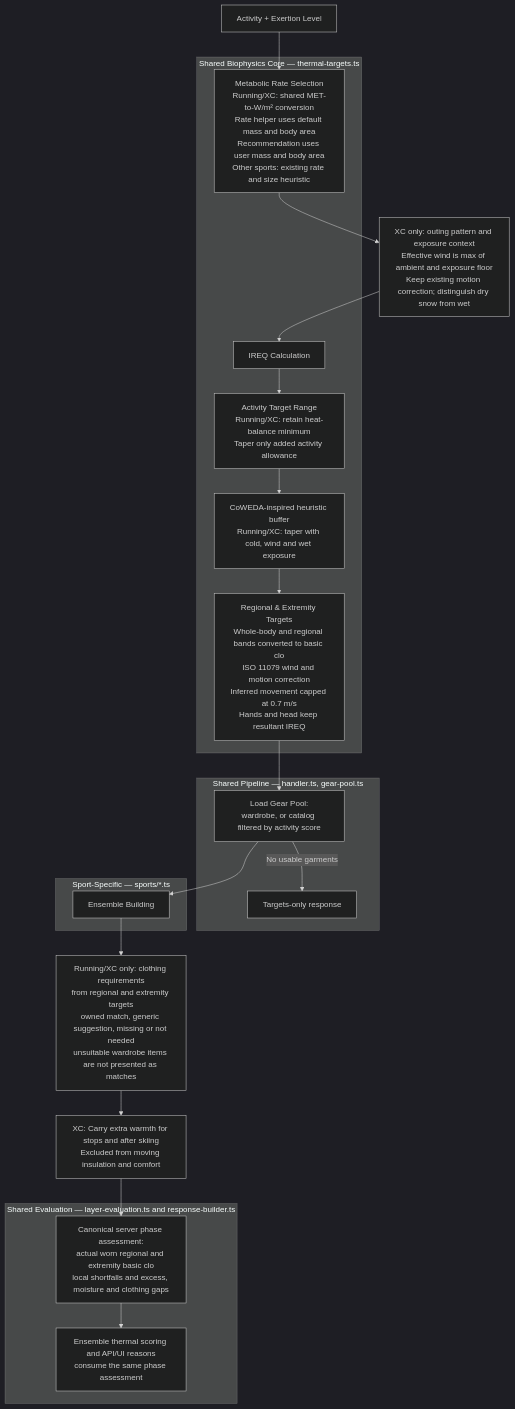
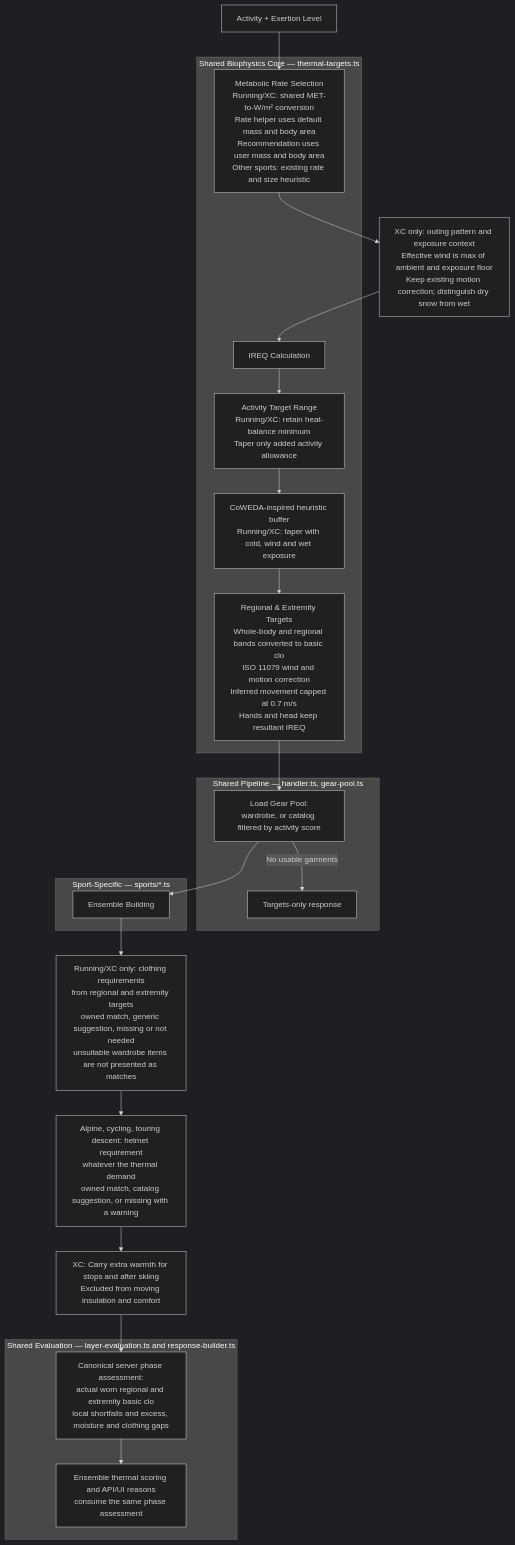
The first of 7 diagrams in README.md (derobertsw/swttr), drawn with Mermaid (dark theme) before and after one commit. The commit also changed other lines of this file and 18 other files, not shown here.

First line of the commit message:
Report missing required helmets and add a bike helmet for cycling (#373)

````diff
--- a/README.md
+++ b/README.md
@@ -50,38 +50,39 @@
 ```mermaid
 graph TD
     A[Activity + Exertion Level] --> B[Metabolic Rate Selection<br/>Running/XC: shared MET-to-W/m² conversion<br/>Rate helper uses default mass and body area<br/>Recommendation uses user mass and body area<br/>Other sports: existing rate and size heuristic]
     B --> XCP[XC only: outing pattern and exposure context<br/>Effective wind is max of ambient and exposure floor<br/>Keep existing motion correction; distinguish dry snow from wet]
     XCP --> C[IREQ Calculation]
     C --> D[Activity Target Range<br/>Running/XC: retain heat-balance minimum<br/>Taper only added activity allowance]
     D --> E[CoWEDA-inspired heuristic buffer<br/>Running/XC: taper with cold, wind and wet exposure]
     E --> F[Regional & Extremity Targets<br/>Whole-body and regional bands converted to basic clo<br/>ISO 11079 wind and motion correction<br/>Inferred movement capped at 0.7 m/s<br/>Hands and head keep resultant IREQ]
     F --> P[Load Gear Pool:<br/>wardrobe, or catalog filtered by activity score]
     P -->|No usable garments| T[Targets-only response]
     P --> G[Ensemble Building]
     G --> R[Running/XC only: clothing requirements<br/>from regional and extremity targets<br/>owned match, generic suggestion, missing or not needed<br/>unsuitable wardrobe items are not presented as matches]
-    R --> XCCARRY[XC: Carry extra warmth for stops and after skiing<br/>Excluded from moving insulation and comfort]
+    R --> PROT[Alpine, cycling, touring descent: helmet requirement<br/>whatever the thermal demand<br/>owned match, catalog suggestion, or missing with a warning]
+    PROT --> XCCARRY[XC: Carry extra warmth for stops and after skiing<br/>Excluded from moving insulation and comfort]
     XCCARRY --> I[Canonical server phase assessment:<br/>actual worn regional and extremity basic clo<br/>local shortfalls and excess, moisture and clothing gaps]
     I --> H[Ensemble thermal scoring and API/UI reasons<br/>consume the same phase assessment]
 
     subgraph "Shared Biophysics Core — thermal-targets.ts"
         B
         C
         D
         E
         F
     end
 
     subgraph "Shared Pipeline — handler.ts, gear-pool.ts"
         P
         T
     end
 
     subgraph "Sport-Specific — sports/*.ts"
         G
     end
 
     subgraph "Shared Evaluation — layer-evaluation.ts and response-builder.ts"
         H
         I
     end
 ```
````
